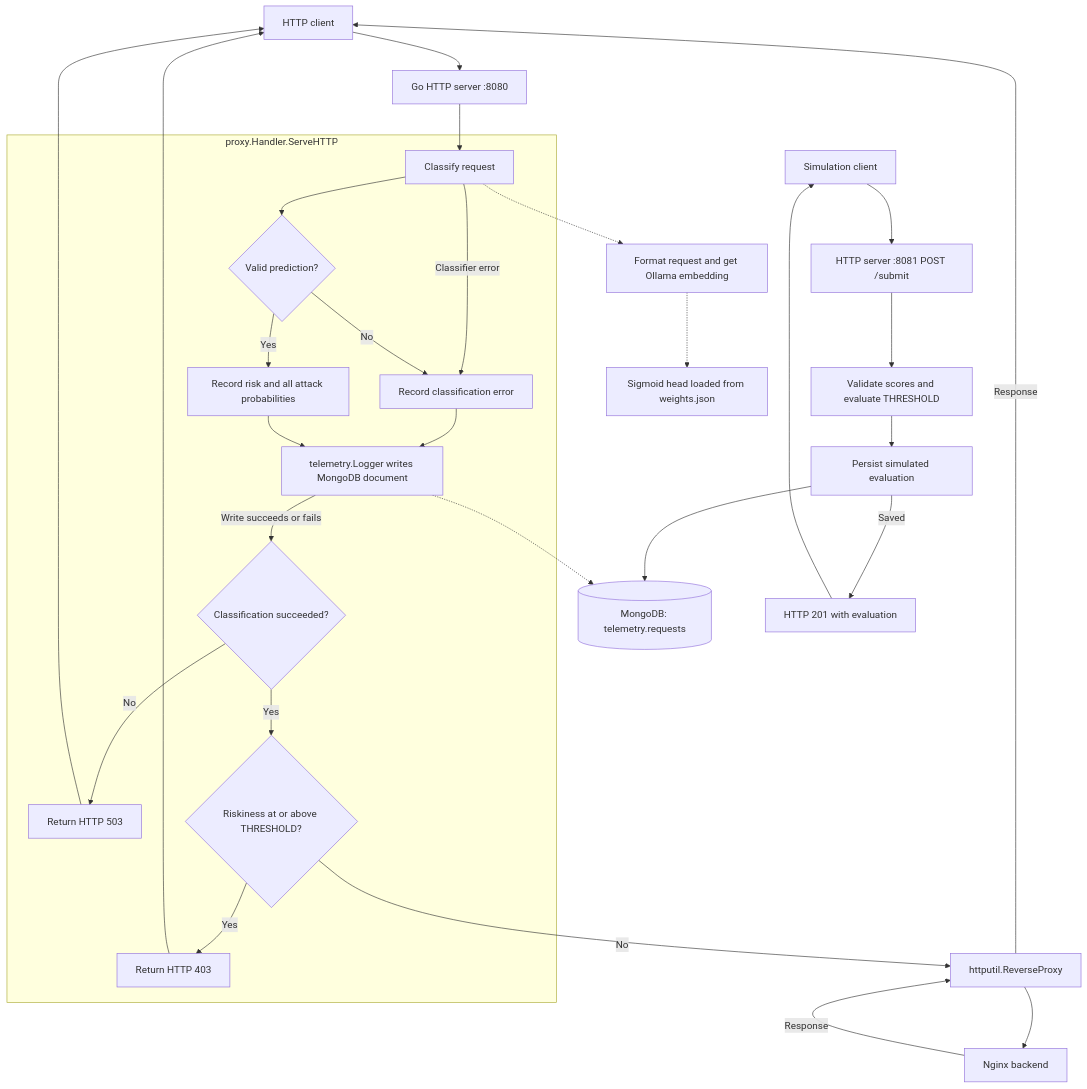
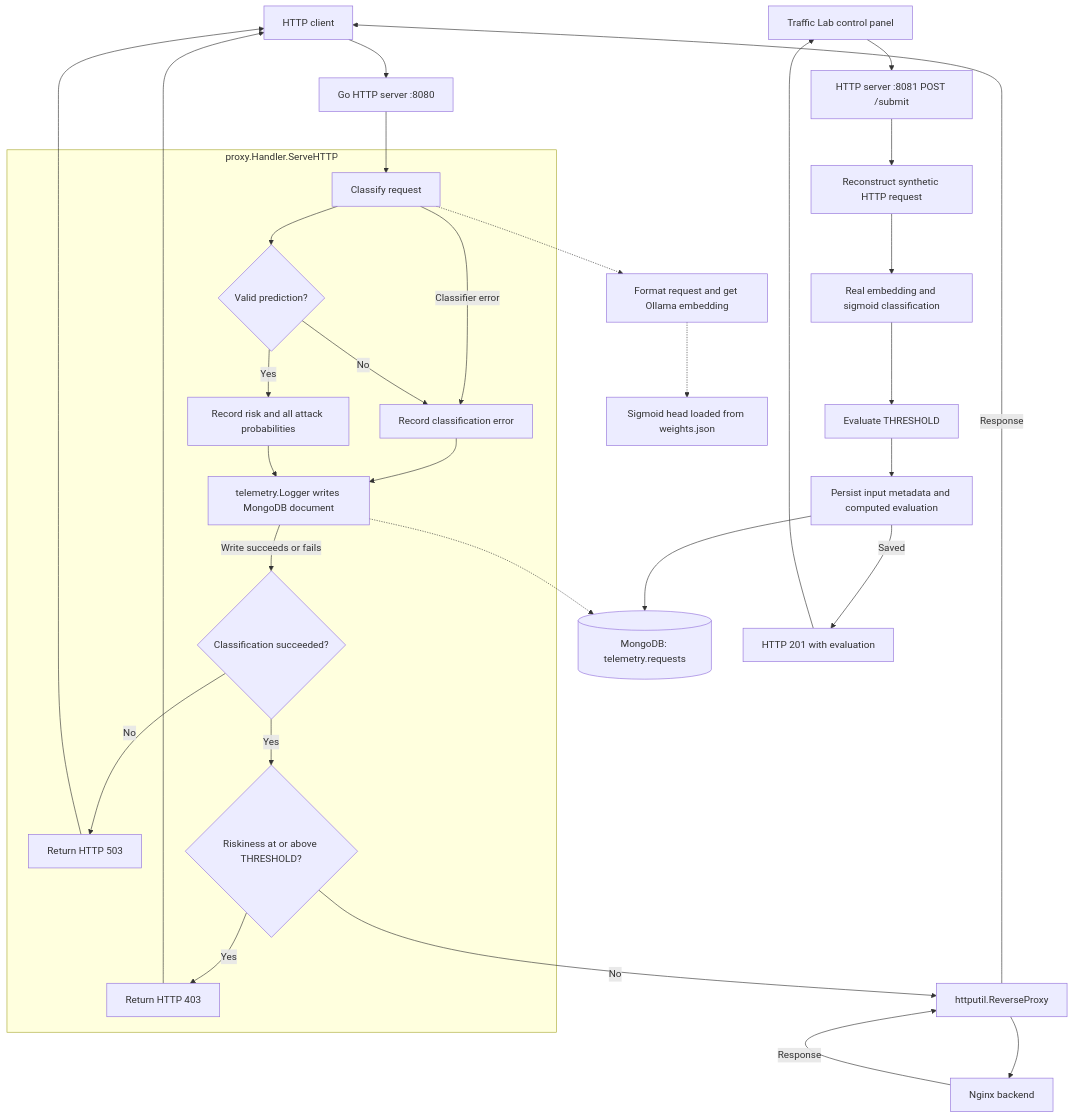
The diagram in README.md (akayy-dev/HackRPI-Project), drawn with Mermaid before and after one commit. The commit also changed other lines of this file and 12 other files, not shown here.

````diff
--- a/README.md
+++ b/README.md
@@ -74,35 +97,37 @@
 ```mermaid
 flowchart TD
     Client[HTTP client] --> Server[Go HTTP server :8080]
     Server --> Classify
 
     subgraph Handler[proxy.Handler.ServeHTTP]
         Classify[Classify request] --> Validate{Valid prediction?}
         Classify -->|Classifier error| Failure[Record classification error]
         Validate -->|No| Failure
         Validate -->|Yes| Log[Record risk and all attack probabilities]
         Failure --> Persist[telemetry.Logger writes MongoDB document]
         Log --> Persist
         Persist -->|Write succeeds or fails| Success{Classification succeeded?}
         Success -->|No| Unavailable[Return HTTP 503]
         Success -->|Yes| Decision{Riskiness at or above THRESHOLD?}
         Decision -->|Yes| Block[Return HTTP 403]
     end
 
     Classify -.-> Embed[Format request and get Ollama embedding]
     Embed -.-> Model[Sigmoid head loaded from weights.json]
     Persist -.-> Mongo[(MongoDB: telemetry.requests)]
     Decision -->|No| Proxy[httputil.ReverseProxy]
     Proxy --> Backend[Nginx backend]
     Backend -->|Response| Proxy
     Proxy -->|Response| Client
     Block --> Client
     Unavailable --> Client
 
-    Tester[Simulation client] --> Submit[HTTP server :8081 POST /submit]
-    Submit --> Evaluate[Validate scores and evaluate THRESHOLD]
-    Evaluate --> SaveSimulation[Persist simulated evaluation]
+    Tester[Traffic Lab control panel] --> Submit[HTTP server :8081 POST /submit]
+    Submit --> Reconstruct[Reconstruct synthetic HTTP request]
+    Reconstruct --> SimClassifier[Real embedding and sigmoid classification]
+    SimClassifier --> Evaluate[Evaluate THRESHOLD]
+    Evaluate --> SaveSimulation[Persist input metadata and computed evaluation]
     SaveSimulation --> Mongo
     SaveSimulation -->|Saved| Created[HTTP 201 with evaluation]
     Created --> Tester
 ```
````
